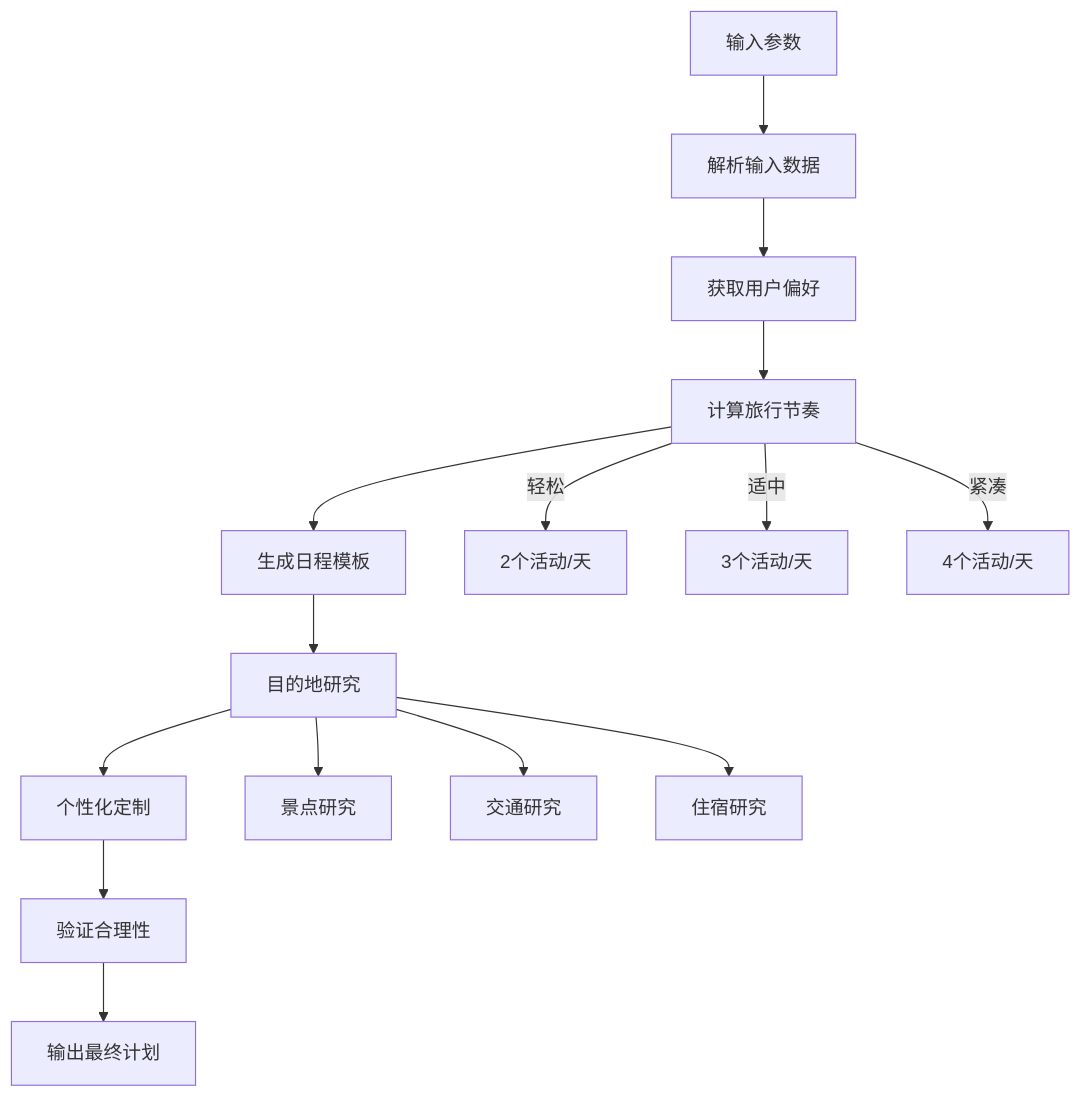
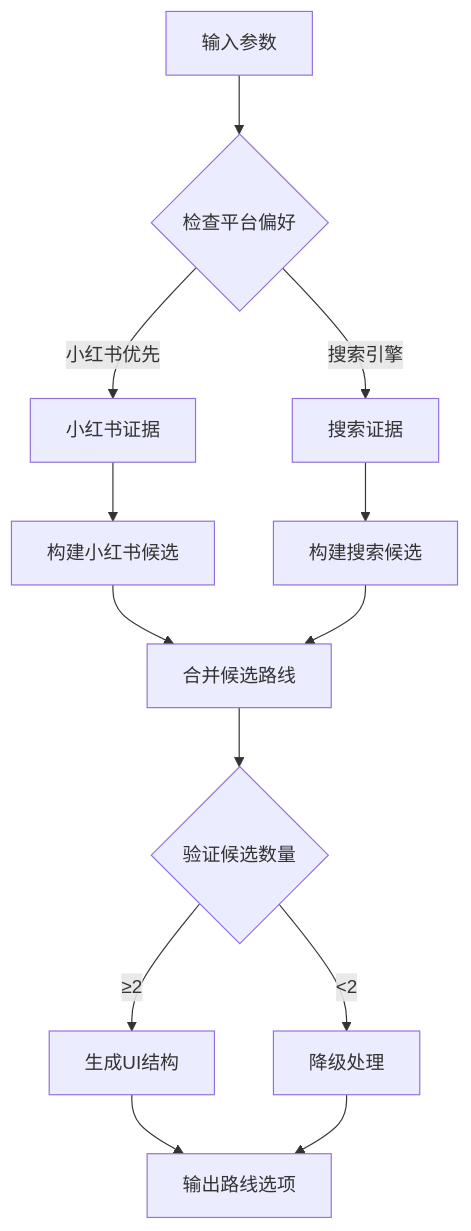
One commit to verse-ai-org/openclaw changed diagram 14 of 28 in .qoder/repowiki/zh/content/技能平台/内置技能/旅行规划技能系统.md. Above: the diagram before and after it, drawn with Mermaid. The commit also changed other lines of this file and 22 other files, not shown here.

````diff
--- a/.qoder/repowiki/zh/content/技能平台/内置技能/旅行规划技能系统.md
+++ b/.qoder/repowiki/zh/content/技能平台/内置技能/旅行规划技能系统.md
@@ -443,17 +696,15 @@
 ```mermaid
 flowchart TD
-Input[输入参数] --> ParseInput[解析输入数据]
-ParseInput --> GetPrefs[获取用户偏好]
-GetPrefs --> CalcPace[计算旅行节奏]
-CalcPace --> GenTemplate[生成日程模板]
-GenTemplate --> Research[目的地研究]
-Research --> Customize[个性化定制]
-Customize --> Validate[验证合理性]
-Validate --> Output[输出最终计划]
-CalcPace --> |轻松| Relaxed[2个活动/天]
-CalcPace --> |适中| Moderate[3个活动/天]
-CalcPace --> |紧凑| Packed[4个活动/天]
-Research --> Attractions[景点研究]
-Research --> Transportation[交通研究]
-Research --> Accommodation[住宿研究]
+Input[输入参数] --> PlatformCheck{检查平台偏好}
+PlatformCheck --> |小红书优先| XHSEvidence[小红书证据]
+PlatformCheck --> |搜索引擎| SearchEvidence[搜索证据]
+XHSEvidence --> BuildXHS[构建小红书候选]
+SearchEvidence --> BuildSearch[构建搜索候选]
+BuildXHS --> MergeCandidates[合并候选路线]
+BuildSearch --> MergeCandidates
+MergeCandidates --> ValidateCandidates{验证候选数量}
+ValidateCandidates --> |≥2| GenerateUI[生成UI结构]
+ValidateCandidates --> |<2| Fallback[降级处理]
+GenerateUI --> Output[输出路线选项]
+Fallback --> Output
 ```
````
